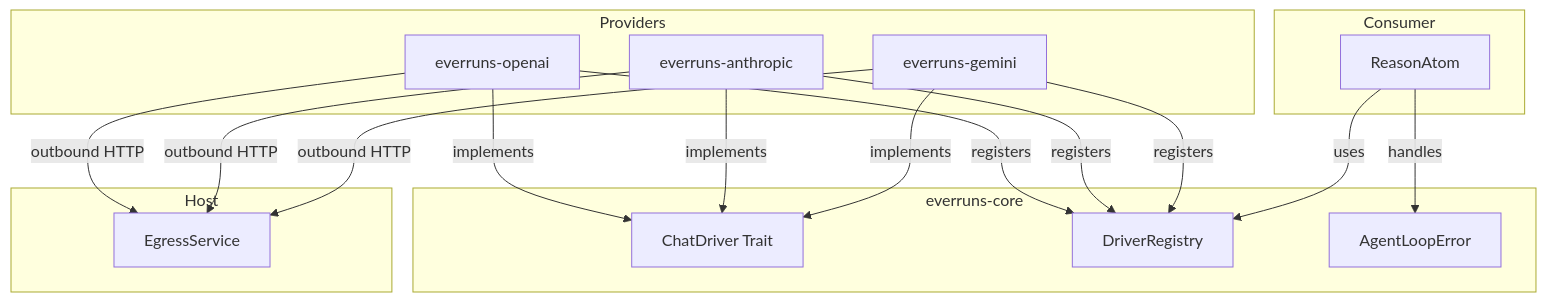
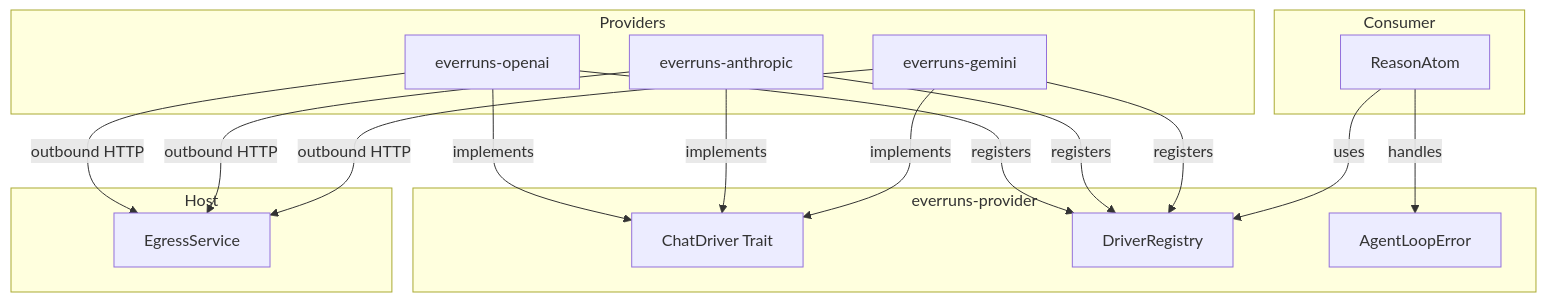
The first of 2 diagrams in specs/llm-drivers.md (everruns/everruns), drawn with Mermaid before and after one commit. The commit also changed other lines of this file and 18 other files, not shown here.

First line of the commit message:
chore(specs): align docs with the everruns-provider extraction

````diff
--- a/specs/llm-drivers.md
+++ b/specs/llm-drivers.md
@@ -17,34 +17,34 @@
 ```mermaid
 graph TD
-    subgraph Core [everruns-core]
+    subgraph Provider [everruns-provider]
         ChatDriver[ChatDriver Trait]
         Registry[DriverRegistry]
         Errors[AgentLoopError]
     end
 
     subgraph Providers
         OpenAI[everruns-openai]
         Anthropic[everruns-anthropic]
         Gemini[everruns-gemini]
     end
 
     subgraph Host
         Egress[EgressService]
     end
 
     subgraph Consumer
         ReasonAtom[ReasonAtom]
     end
 
     OpenAI -->|implements| ChatDriver
     Anthropic -->|implements| ChatDriver
     Gemini -->|implements| ChatDriver
     OpenAI -->|registers| Registry
     Anthropic -->|registers| Registry
     Gemini -->|registers| Registry
     ReasonAtom -->|uses| Registry
     OpenAI -->|outbound HTTP| Egress
     Anthropic -->|outbound HTTP| Egress
     Gemini -->|outbound HTTP| Egress
     ReasonAtom -->|handles| Errors
 ```
````
